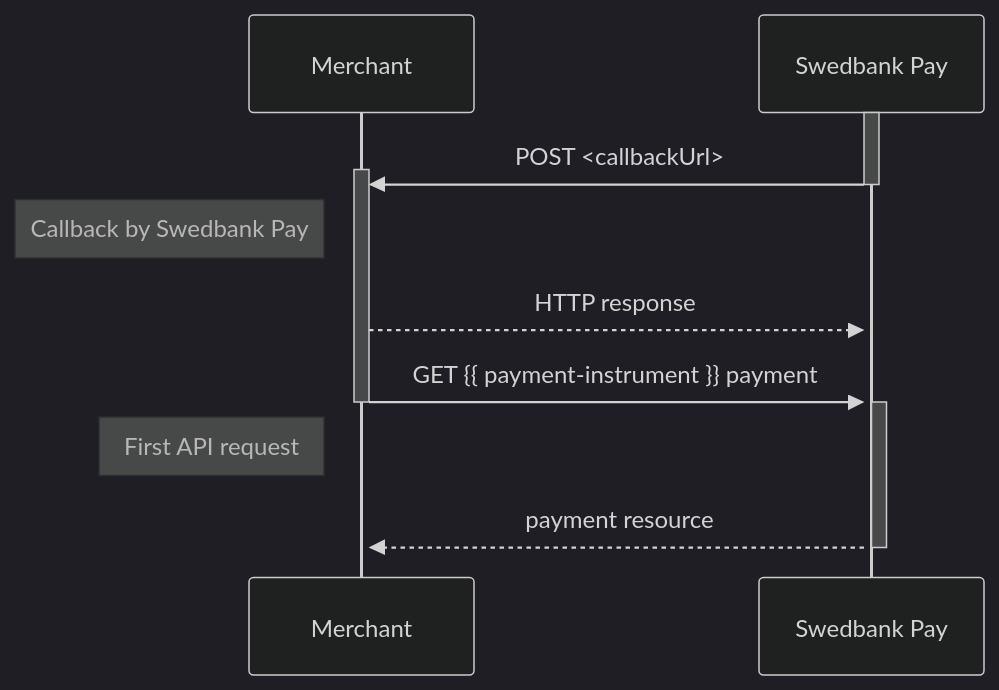
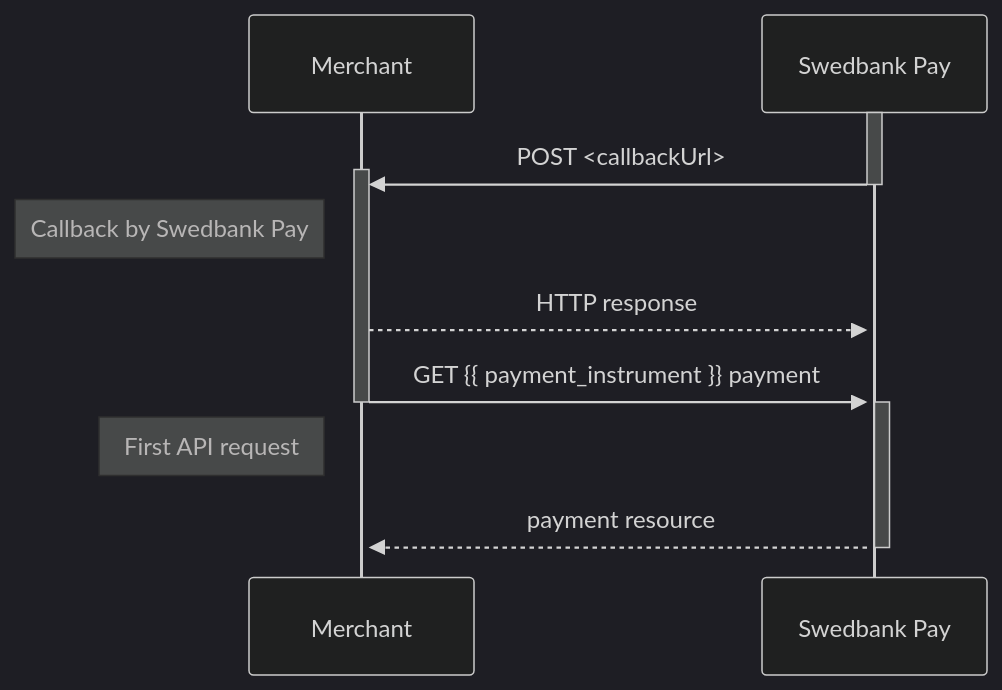
One commit to SwedbankPay/developer.swedbankpay.com changed the diagram in _includes/callback-reference.md. Above: the diagram before and after it, drawn with Mermaid (dark theme). The commit also changed other lines of this file and 23 other files, not shown here.

````diff
--- a/_includes/callback-reference.md
+++ b/_includes/callback-reference.md
@@ -83,16 +83,16 @@
 ```mermaid
 sequenceDiagram
     Participant Merchant
     Participant SwedbankPay as Swedbank Pay
 
     activate SwedbankPay
     SwedbankPay->>+Merchant: POST <callbackUrl>
     deactivate SwedbankPay
     note left of Merchant: Callback by Swedbank Pay
     Merchant-->>+SwedbankPay: HTTP response
-    Merchant->>+SwedbankPay: GET {{ payment-instrument }} payment
+    Merchant->>+SwedbankPay: GET {{ payment_instrument }} payment
     deactivate Merchant
     note left of Merchant: First API request
     SwedbankPay-->>+Merchant: payment resource
     deactivate SwedbankPay
 ```
````
